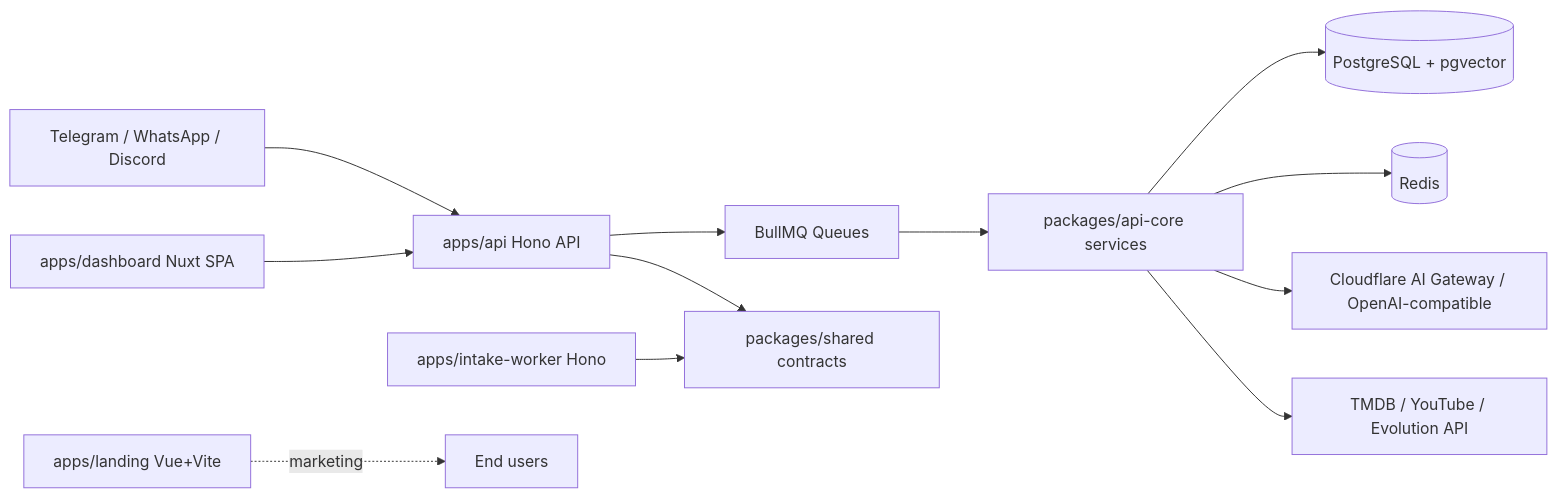
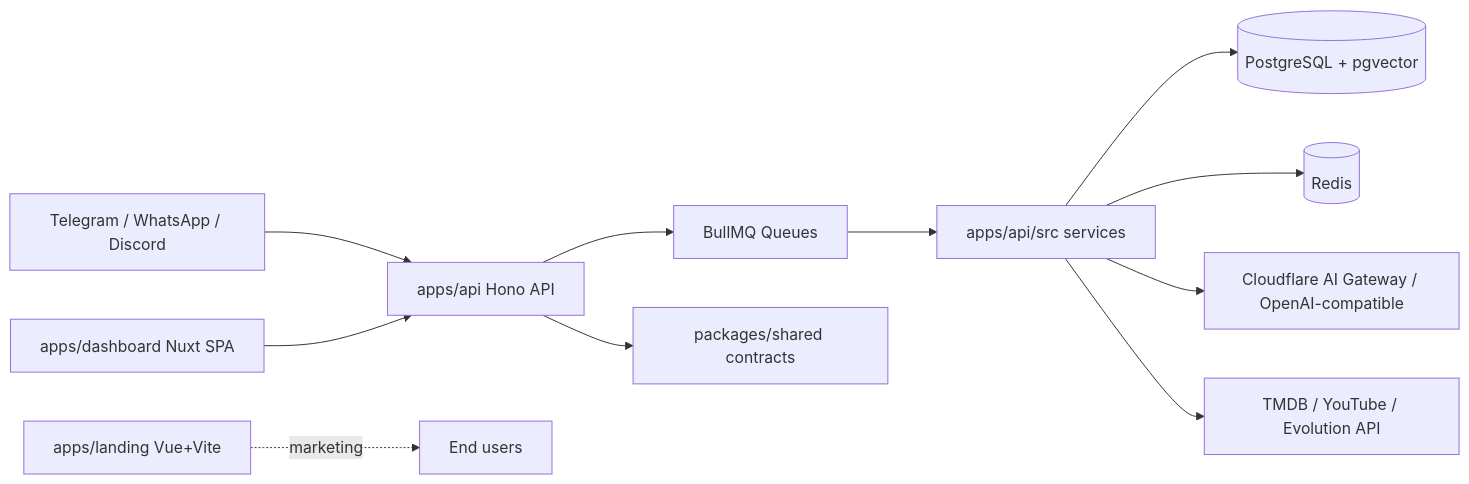
Before and after one commit to psousaj/nexo-ai: the diagram in .context/CODEBASE.md, drawn with Mermaid. The commit also changed other lines of this file and 12 other files, not shown here.

First line of the commit message:
docs(context): update docs for merged api-core, removed bots, internalized intake

````diff
--- a/.context/CODEBASE.md
+++ b/.context/CODEBASE.md
@@ -18,14 +18,13 @@
 ```mermaid
 graph LR
   TG[Telegram / WhatsApp / Discord] --> API[apps/api Hono API]
   API --> Q[BullMQ Queues]
-  Q --> CORE[packages/api-core services]
+  Q --> CORE[apps/api/src services]
   CORE --> PG[(PostgreSQL + pgvector)]
   CORE --> RD[(Redis)]
   CORE --> LLM[Cloudflare AI Gateway / OpenAI-compatible]
   CORE --> EXT[TMDB / YouTube / Evolution API]
   DASH[apps/dashboard Nuxt SPA] --> API
-  IW[apps/intake-worker Hono] --> SHARED[packages/shared contracts]
-  API --> SHARED
+  API --> SHARED[packages/shared contracts]
   LAND[apps/landing Vue+Vite] -. marketing .-> USERS[End users]
 ```
````
